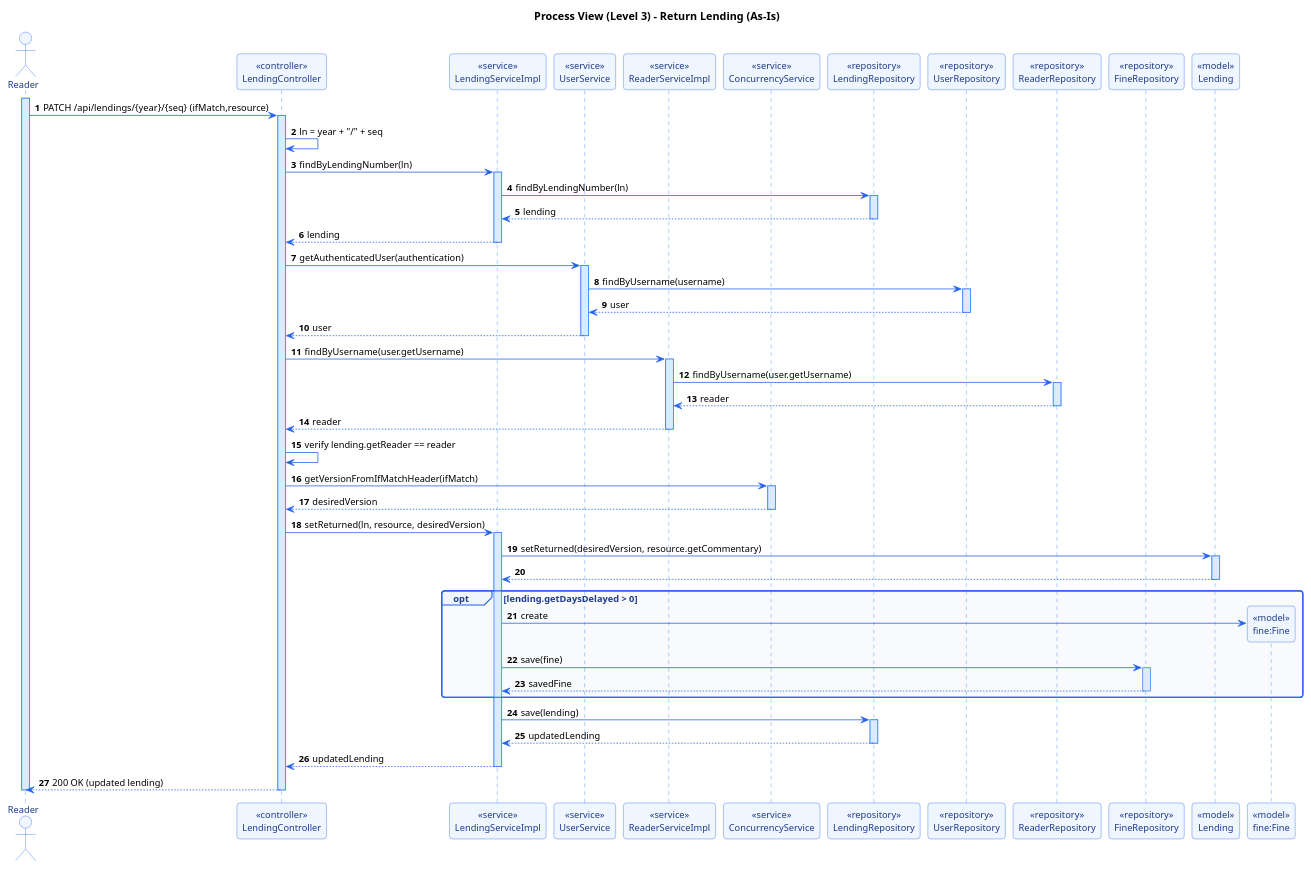
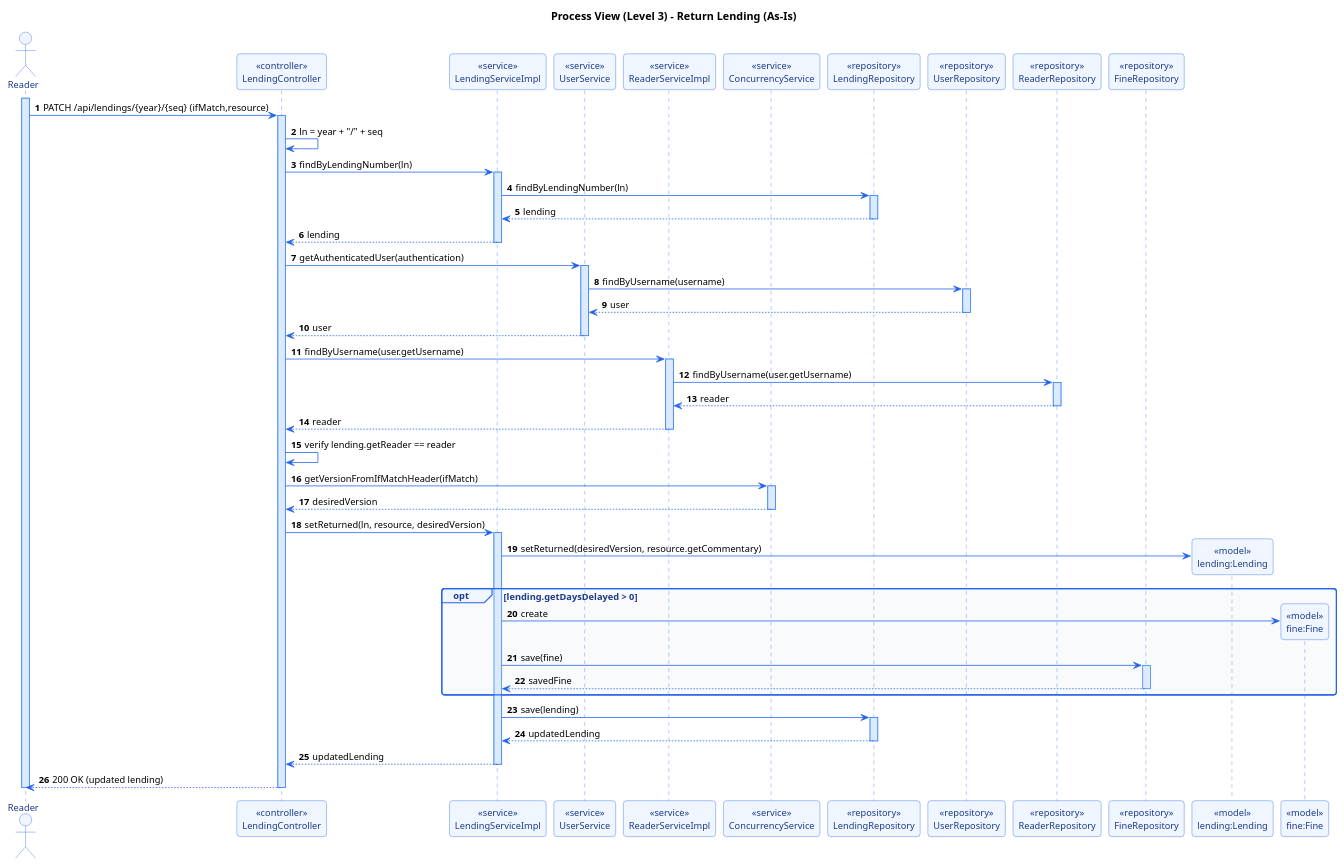
One commit to RafaelBrandao04/psoft-project-2026-1 changed the diagram in Docs/ARQSOFT/system-as-is/Vista Processos/puml/VP_N3_ReturnLending.puml. Above: the diagram before and after it, drawn with PlantUML. The commit also changed 23 other files, not shown here.

```diff
--- a/Docs/ARQSOFT/system-as-is/Vista Processos/puml/VP_N3_ReturnLending.puml
+++ b/Docs/ARQSOFT/system-as-is/Vista Processos/puml/VP_N3_ReturnLending.puml
@@ -1,118 +1,116 @@
 @startuml VP_N3_ReturnLending
 title Process View (Level 3) - Return Lending (As-Is)
 
 autonumber
 skinparam handwritten false
 skinparam monochrome false
 skinparam shadowing false
 skinparam defaultFontName "Segoe UI"
 skinparam defaultFontSize 12
 skinparam roundCorner 8
 
 skinparam sequence {
     ArrowColor #2563EB
     ActorBorderColor #2563EB
     ActorBackgroundColor #EFF6FF
     ActorFontColor #1E3A8A
     LifeLineBorderColor #3B82F6
     LifeLineBackgroundColor #DBEAFE
     ParticipantBorderColor #2563EB
     ParticipantBackgroundColor #EFF6FF
     ParticipantFontColor #1E3A8A
     GroupBorderColor #2563EB
     GroupBackgroundColor #EFF6FF
     GroupBodyBackgroundColor #F8FAFC
     GroupHeaderFontColor #1E3A8A
     GroupFontColor #1E3A8A
 }
 
 actor "Reader" as Actor
 participant "<<controller>>\nLendingController" as Controller
 participant "<<service>>\nLendingServiceImpl" as Service
 participant "<<service>>\nUserService" as UserService
 participant "<<service>>\nReaderServiceImpl" as ReaderService
 participant "<<service>>\nConcurrencyService" as ConcurrencyService
 participant "<<repository>>\nLendingRepository" as LendingRepo
 participant "<<repository>>\nUserRepository" as UserRepo
 participant "<<repository>>\nReaderRepository" as ReaderRepo
 participant "<<repository>>\nFineRepository" as FineRepo
-participant "<<model>>\nLending" as LendingEntity
+participant "<<model>>\nlending:Lending" as LendingEntity
 participant "<<model>>\nfine:Fine" as FineEntity
 
 activate Actor
 Actor -> Controller: PATCH /api/lendings/{year}/{seq} (ifMatch,resource)
 activate Controller
 
 Controller -> Controller: ln = year + "/" + seq
 
 Controller -> Service: findByLendingNumber(ln)
 activate Service
 
 Service -> LendingRepo: findByLendingNumber(ln)
 activate LendingRepo
 LendingRepo --> Service: lending
 deactivate LendingRepo
 
 Service --> Controller: lending
 deactivate Service
 
 Controller -> UserService: getAuthenticatedUser(authentication)
 activate UserService
 
 UserService -> UserRepo: findByUsername(username)
 activate UserRepo
 UserRepo --> UserService: user
 deactivate UserRepo
 
 UserService --> Controller: user
 deactivate UserService
 
 Controller -> ReaderService: findByUsername(user.getUsername)
 activate ReaderService
 
 ReaderService -> ReaderRepo: findByUsername(user.getUsername)
 activate ReaderRepo
 ReaderRepo --> ReaderService: reader
 deactivate ReaderRepo
 
 ReaderService --> Controller: reader
 deactivate ReaderService
 
 Controller -> Controller: verify lending.getReader == reader
 
 Controller -> ConcurrencyService: getVersionFromIfMatchHeader(ifMatch)
 activate ConcurrencyService
 ConcurrencyService --> Controller: desiredVersion
 deactivate ConcurrencyService
 
 Controller -> Service: setReturned(ln, resource, desiredVersion)
 activate Service
 
+create LendingEntity
 Service -> LendingEntity: setReturned(desiredVersion, resource.getCommentary)
-activate LendingEntity
-LendingEntity --> Service:
-deactivate LendingEntity
 
 opt lending.getDaysDelayed > 0
     create FineEntity
     Service -> FineEntity: create
 
     Service -> FineRepo: save(fine)
     activate FineRepo
     FineRepo --> Service: savedFine
     deactivate FineRepo
 end
 
 Service -> LendingRepo: save(lending)
 activate LendingRepo
 LendingRepo --> Service: updatedLending
 deactivate LendingRepo
 
 Service --> Controller: updatedLending
 deactivate Service
 
 Controller --> Actor: 200 OK (updated lending)
 deactivate Controller
 deactivate Actor
 
 @enduml
```
